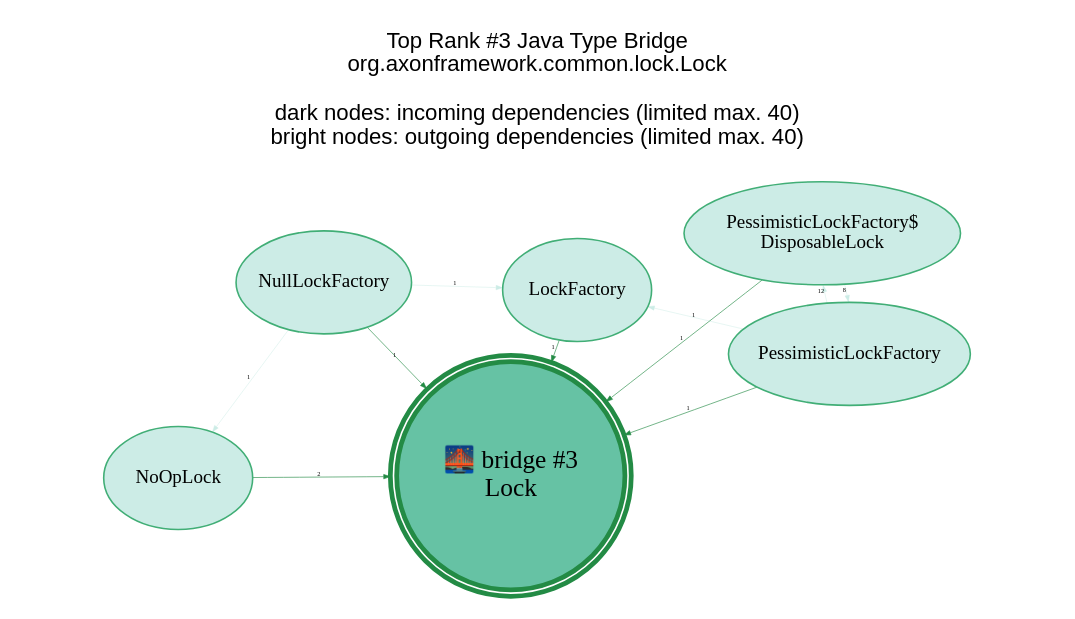
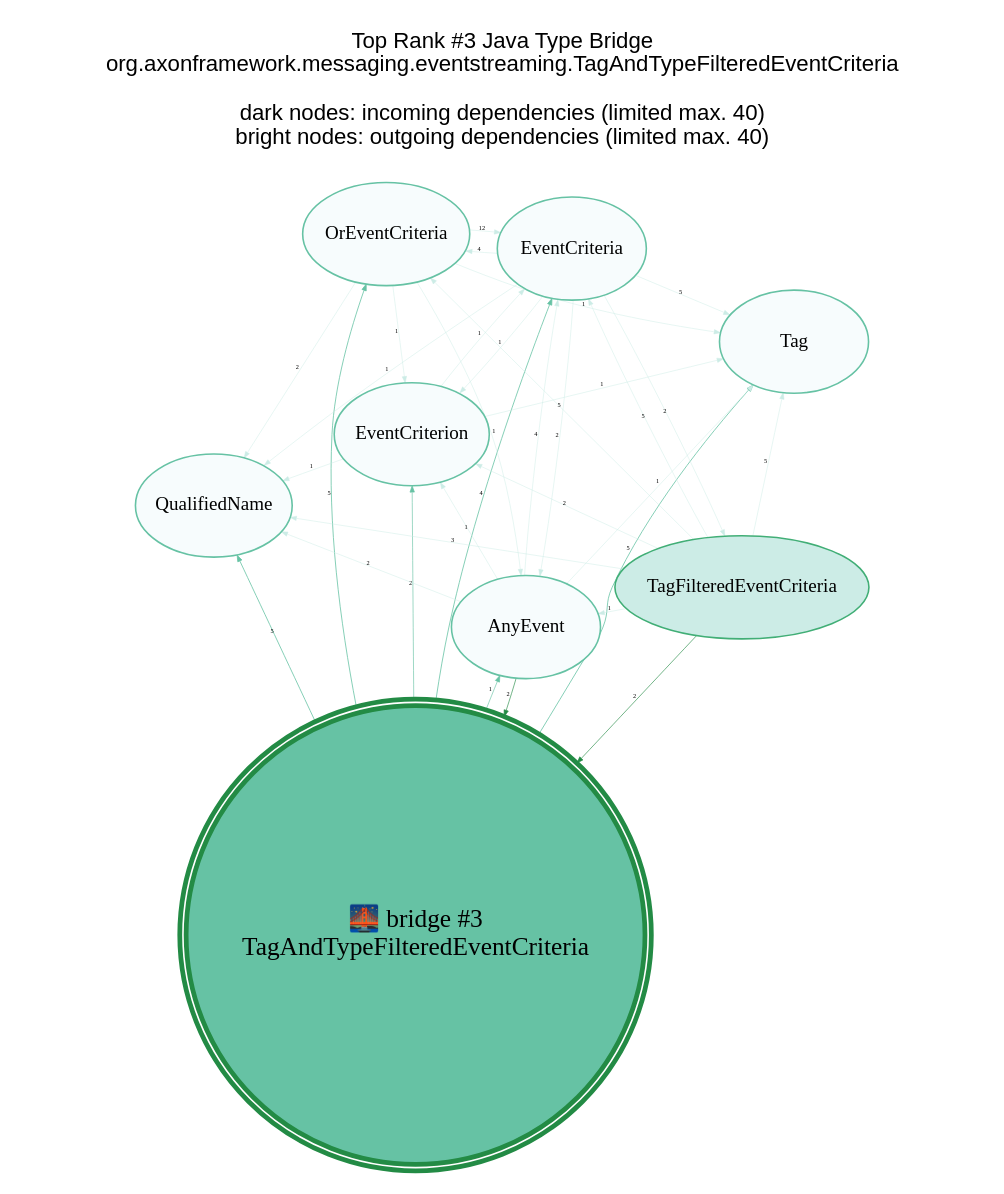
One commit to JohT/code-graph-analysis-examples changed the diagram in analysis-results/AxonFramework/latest/anomaly-detection/Java_Type/GraphVisualizations/graphviz/TopBridge3.gv. Above: the diagram before and after it, drawn with Graphviz. The commit also changed 731 other files, not shown here.

```diff
--- a/analysis-results/AxonFramework/latest/anomaly-detection/Java_Type/GraphVisualizations/graphviz/TopBridge3.gv
+++ b/analysis-results/AxonFramework/latest/anomaly-detection/Java_Type/GraphVisualizations/graphviz/TopBridge3.gv
@@ -1,27 +1,49 @@
 // This GraphViz dot file was generated by the script convertQueryResultCsvToGraphVizDotFile.sh with TopCentral.template
 
 strict digraph TopBridge3 {
     graph [layout = "fdp"; start = "7"; splines = "spline"; pad = "0.8,0.1"; outputorder = "edgesfirst";];
     graph [fontname = "Helvetica,Arial,sans-serif"; labelloc = "t";];
     node [colorscheme = "bugn9"; color = 6; fillcolor = 3;];
     edge [colorscheme = "bugn9"; color = 7;];
     node [fontsize = 12; style = "filled"; margin = "0.03,0.03"; width="1.3"; height="0.9";];
     edge [fontsize = 4; arrowsize = "0.4";];
 
     central [shape = "doublecircle"; height = "2.0"; margin = "0.000001,0.000001";];
     central [fontsize = 16;];
     central [color = 7; fillcolor = 5; penwidth = 3;];
 
-	graph   [label="Top Rank #3 Java Type Bridge\norg.axonframework.common.lock.Lock\n\ndark nodes: incoming dependencies (limited max. 40)\nbright nodes: outgoing dependencies (limited max. 40)\n\n"];
-	central [label="🌉 bridge #3\nLock"];
-	"NoOpLock_43440" [label = "NoOpLock"; ]; "NoOpLock_43440" -> central [label=2; weight=2; penwidth=0.4];
-	"LockFactory_43272" [label = "LockFactory"; ]; "LockFactory_43272" -> central [label=1; weight=1; penwidth=0.4];
-	"NullLockFactory_43183" [label = "NullLockFactory"; ]; "NullLockFactory_43183" -> central [label=1; weight=1; penwidth=0.4];
-	"PessimisticLockFactory_43443" [label = "PessimisticLockFactory"; ]; "PessimisticLockFactory_43443" -> central [label=1; weight=1; penwidth=0.4];
-	"PessimisticLockFactory$DisposableLock_43442" [label = "PessimisticLockFactory$\nDisposableLock"; ]; "PessimisticLockFactory$DisposableLock_43442" -> central [label=1; weight=1; penwidth=0.4];
-	"PessimisticLockFactory_43443" -> "PessimisticLockFactory$DisposableLock_43442" [label=12; weight=12; penwidth=0.3; color = 3]
-	"PessimisticLockFactory$DisposableLock_43442" -> "PessimisticLockFactory_43443" [label=8; weight=8; penwidth=0.3; color = 3]
-	"NullLockFactory_43183" -> "NoOpLock_43440" [label=1; weight=1; penwidth=0.3; color = 3]
-	"NullLockFactory_43183" -> "LockFactory_43272" [label=1; weight=1; penwidth=0.3; color = 3]
-	"PessimisticLockFactory_43443" -> "LockFactory_43272" [label=1; weight=1; penwidth=0.3; color = 3]
+	graph   [label="Top Rank #3 Java Type Bridge\norg.axonframework.messaging.eventstreaming.TagAndTypeFilteredEventCriteria\n\ndark nodes: incoming dependencies (limited max. 40)\nbright nodes: outgoing dependencies (limited max. 40)\n\n"];
+	central [label="🌉 bridge #3\nTagAndTypeFilteredEventCriteria"];
+	"AnyEvent_13611" [label = "AnyEvent"; ]; "AnyEvent_13611" -> central [label=2; weight=2; penwidth=0.4];
+	"TagFilteredEventCriteria_13638" [label = "TagFilteredEventCriteria"; ]; "TagFilteredEventCriteria_13638" -> central [label=2; weight=2; penwidth=0.4];
+	"OrEventCriteria_13612" [label = "OrEventCriteria"; color = 5; fillcolor = 1; ]; central -> "OrEventCriteria_13612" [label=5; weight=5; penwidth=0.5; color = 5];
+	"QualifiedName_3799" [label = "QualifiedName"; color = 5; fillcolor = 1; ]; central -> "QualifiedName_3799" [label=5; weight=5; penwidth=0.5; color = 5];
+	"Tag_13636" [label = "Tag"; color = 5; fillcolor = 1; ]; central -> "Tag_13636" [label=5; weight=5; penwidth=0.5; color = 5];
+	"EventCriteria_9750" [label = "EventCriteria"; color = 5; fillcolor = 1; ]; central -> "EventCriteria_9750" [label=4; weight=4; penwidth=0.5; color = 5];
+	"EventCriterion_13621" [label = "EventCriterion"; color = 5; fillcolor = 1; ]; central -> "EventCriterion_13621" [label=2; weight=2; penwidth=0.4; color = 5];
+	"AnyEvent_13611" [label = "AnyEvent"; color = 5; fillcolor = 1; ]; central -> "AnyEvent_13611" [label=1; weight=1; penwidth=0.4; color = 5];
+	"OrEventCriteria_13612" -> "EventCriteria_9750" [label=12; weight=12; penwidth=0.3; color = 3]
+	"EventCriteria_9750" -> "Tag_13636" [label=5; weight=5; penwidth=0.3; color = 3]
+	"TagFilteredEventCriteria_13638" -> "OrEventCriteria_13612" [label=5; weight=5; penwidth=0.3; color = 3]
+	"TagFilteredEventCriteria_13638" -> "Tag_13636" [label=5; weight=5; penwidth=0.3; color = 3]
+	"TagFilteredEventCriteria_13638" -> "EventCriteria_9750" [label=5; weight=5; penwidth=0.3; color = 3]
+	"AnyEvent_13611" -> "EventCriteria_9750" [label=4; weight=4; penwidth=0.3; color = 3]
+	"EventCriteria_9750" -> "OrEventCriteria_13612" [label=4; weight=4; penwidth=0.3; color = 3]
+	"TagFilteredEventCriteria_13638" -> "QualifiedName_3799" [label=3; weight=3; penwidth=0.3; color = 3]
+	"AnyEvent_13611" -> "QualifiedName_3799" [label=2; weight=2; penwidth=0.3; color = 3]
+	"EventCriteria_9750" -> "AnyEvent_13611" [label=2; weight=2; penwidth=0.3; color = 3]
+	"EventCriteria_9750" -> "TagFilteredEventCriteria_13638" [label=2; weight=2; penwidth=0.3; color = 3]
+	"OrEventCriteria_13612" -> "QualifiedName_3799" [label=2; weight=2; penwidth=0.3; color = 3]
+	"TagFilteredEventCriteria_13638" -> "EventCriterion_13621" [label=2; weight=2; penwidth=0.3; color = 3]
+	"AnyEvent_13611" -> "Tag_13636" [label=1; weight=1; penwidth=0.3; color = 3]
+	"AnyEvent_13611" -> "EventCriterion_13621" [label=1; weight=1; penwidth=0.3; color = 3]
+	"EventCriteria_9750" -> "QualifiedName_3799" [label=1; weight=1; penwidth=0.3; color = 3]
+	"EventCriteria_9750" -> "EventCriterion_13621" [label=1; weight=1; penwidth=0.3; color = 3]
+	"EventCriterion_13621" -> "Tag_13636" [label=1; weight=1; penwidth=0.3; color = 3]
+	"EventCriterion_13621" -> "QualifiedName_3799" [label=1; weight=1; penwidth=0.3; color = 3]
+	"EventCriterion_13621" -> "EventCriteria_9750" [label=1; weight=1; penwidth=0.3; color = 3]
+	"OrEventCriteria_13612" -> "Tag_13636" [label=1; weight=1; penwidth=0.3; color = 3]
+	"OrEventCriteria_13612" -> "EventCriterion_13621" [label=1; weight=1; penwidth=0.3; color = 3]
+	"OrEventCriteria_13612" -> "AnyEvent_13611" [label=1; weight=1; penwidth=0.3; color = 3]
+	"TagFilteredEventCriteria_13638" -> "AnyEvent_13611" [label=1; weight=1; penwidth=0.3; color = 3]
 }
```
